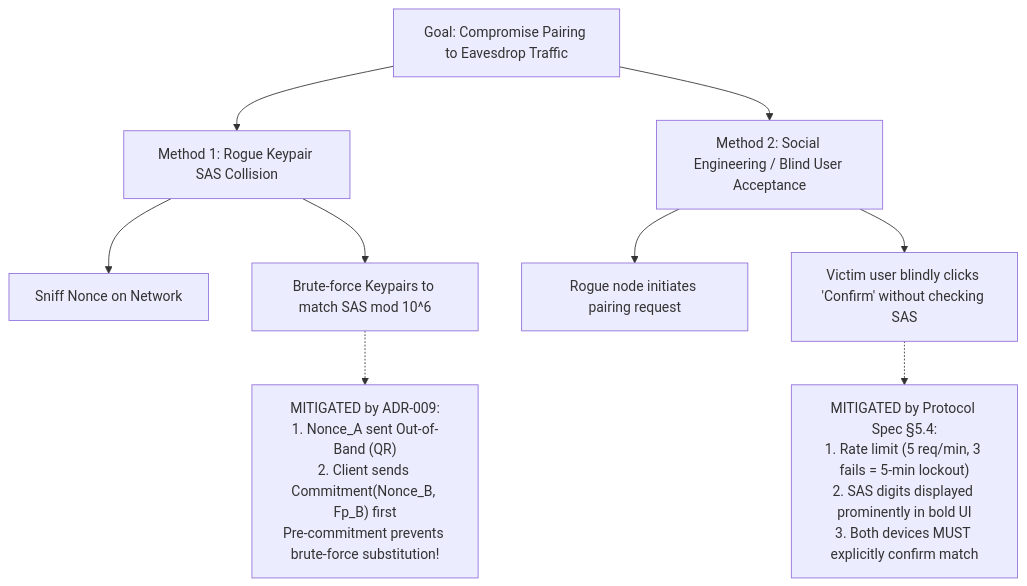
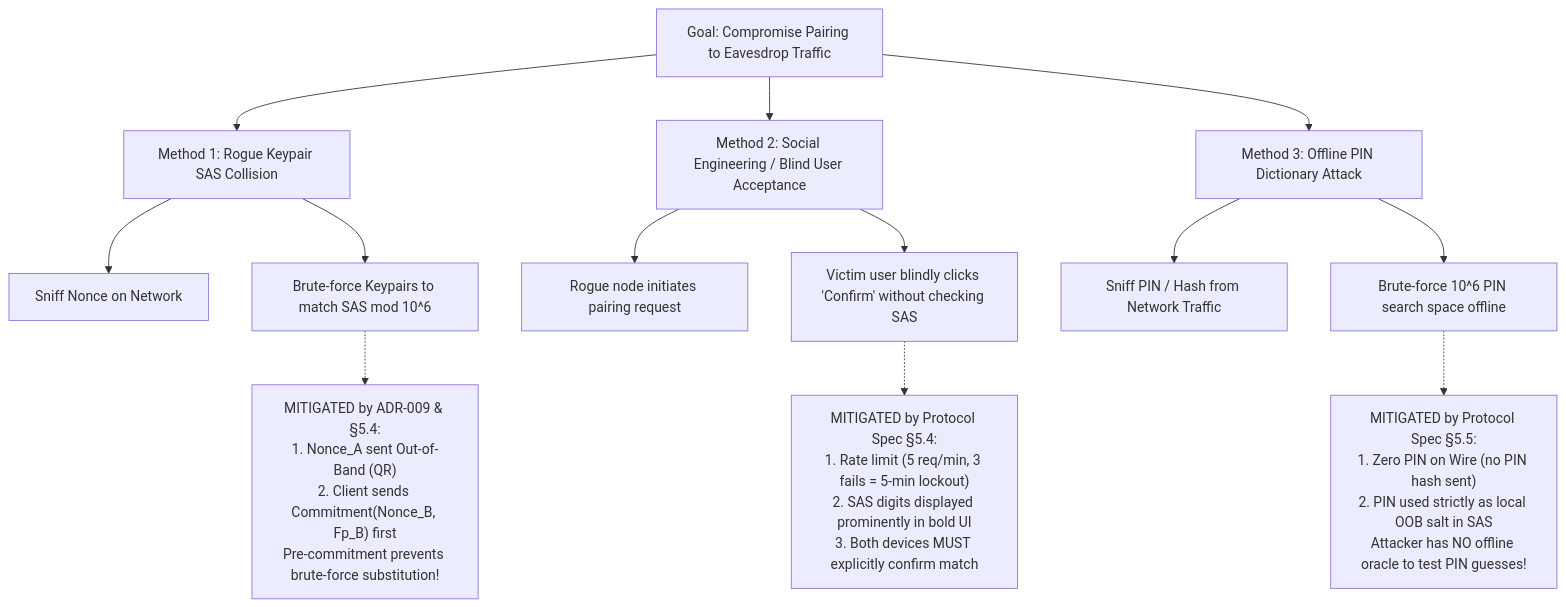
Before and after one commit to RinZoKuTH/DropClip: the second of 3 diagrams in docs/04-THREAT-MODEL.md, drawn with Mermaid. The commit also changed other lines of this file and 7 other files, not shown here.

Commit message:
fix(arch): resolve Phase 0 blockers, harmonize zero-PIN SAS, versioning, revocation, and rebalance team workload

````diff
--- a/docs/04-THREAT-MODEL.md
+++ b/docs/04-THREAT-MODEL.md
@@ -165,24 +167,34 @@
 ```mermaid
 graph TD
     Root["Goal: Compromise Pairing to Eavesdrop Traffic"]
     
     A1["Method 1: Rogue Keypair SAS Collision"]
     A1_1["Sniff Nonce on Network"]
     A1_2["Brute-force Keypairs to match SAS mod 10^6"]
-    Mitigation1["MITIGATED by ADR-009:<br/>1. Nonce_A sent Out-of-Band (QR)<br/>2. Client sends Commitment(Nonce_B, Fp_B) first<br/>Pre-commitment prevents brute-force substitution!"]
+    Mitigation1["MITIGATED by ADR-009 & §5.4:<br/>1. Nonce_A sent Out-of-Band (QR)<br/>2. Client sends Commitment(Nonce_B, Fp_B) first<br/>Pre-commitment prevents brute-force substitution!"]
 
     A2["Method 2: Social Engineering / Blind User Acceptance"]
     A2_1["Rogue node initiates pairing request"]
     A2_2["Victim user blindly clicks 'Confirm' without checking SAS"]
     Mitigation2["MITIGATED by Protocol Spec §5.4:<br/>1. Rate limit (5 req/min, 3 fails = 5-min lockout)<br/>2. SAS digits displayed prominently in bold UI<br/>3. Both devices MUST explicitly confirm match"]
+
+    A3["Method 3: Offline PIN Dictionary Attack"]
+    A3_1["Sniff PIN / Hash from Network Traffic"]
+    A3_2["Brute-force 10^6 PIN search space offline"]
+    Mitigation3["MITIGATED by Protocol Spec §5.5:<br/>1. Zero PIN on Wire (no PIN hash sent)<br/>2. PIN used strictly as local OOB salt in SAS<br/>Attacker has NO offline oracle to test PIN guesses!"]
 
     Root --> A1
     A1 --> A1_1
     A1 --> A1_2
     A1_2 -.-> Mitigation1
 
     Root --> A2
     A2 --> A2_1
     A2 --> A2_2
     A2_2 -.-> Mitigation2
+
+    Root --> A3
+    A3 --> A3_1
+    A3 --> A3_2
+    A3_2 -.-> Mitigation3
 ```
````
